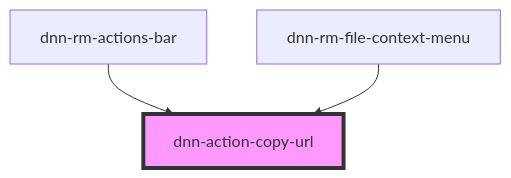
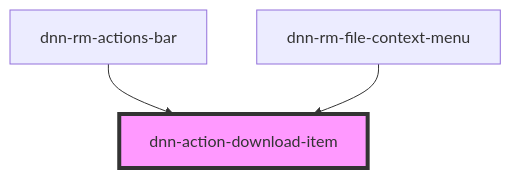
The diagram in DNN Platform/Modules/ResourceManager/ResourceManager.Web/src/components/actions/dnn-action-download-item/readme.md (dnnsoftware/Dnn.Platform), drawn with Mermaid before and after one commit. The commit also changed other lines of this file and 11 other files, not shown here.

````diff
--- a/DNN Platform/Modules/ResourceManager/ResourceManager.Web/src/components/actions/dnn-action-download-item/readme.md
+++ b/DNN Platform/Modules/ResourceManager/ResourceManager.Web/src/components/actions/dnn-action-download-item/readme.md
@@ -23,6 +23,6 @@
 ```mermaid
 graph TD;
-  dnn-rm-actions-bar --> dnn-action-copy-url
-  dnn-rm-file-context-menu --> dnn-action-copy-url
-  style dnn-action-copy-url fill:#f9f,stroke:#333,stroke-width:4px
+  dnn-rm-actions-bar --> dnn-action-download-item
+  dnn-rm-file-context-menu --> dnn-action-download-item
+  style dnn-action-download-item fill:#f9f,stroke:#333,stroke-width:4px
 ```
````
